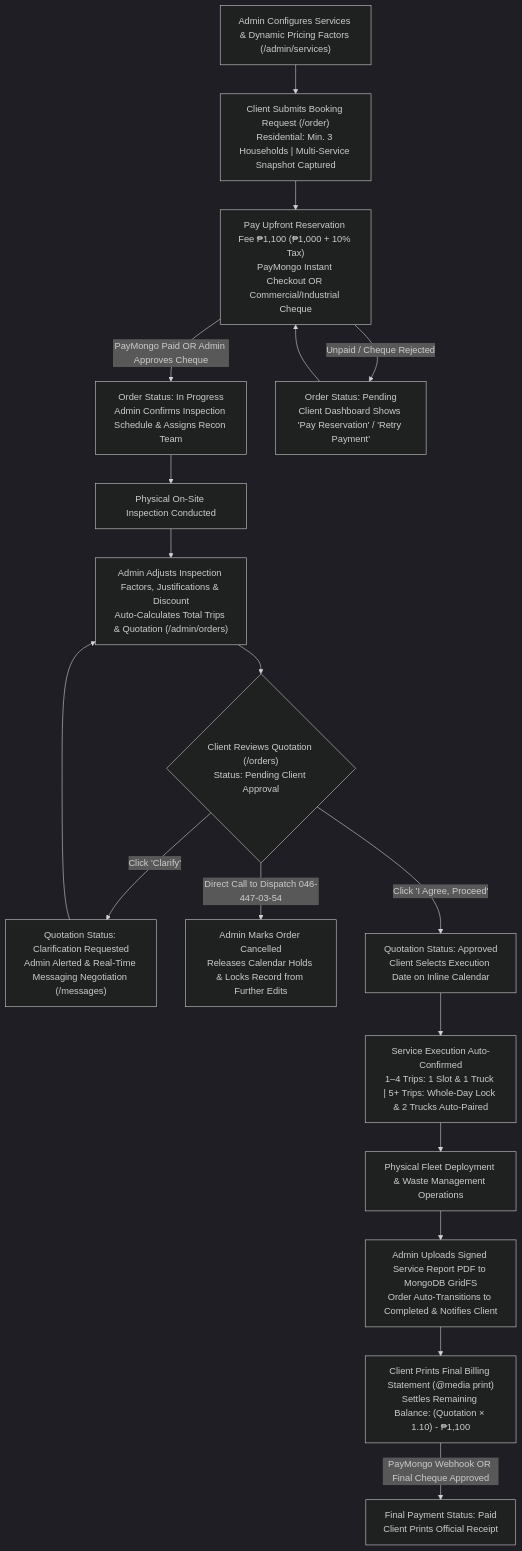
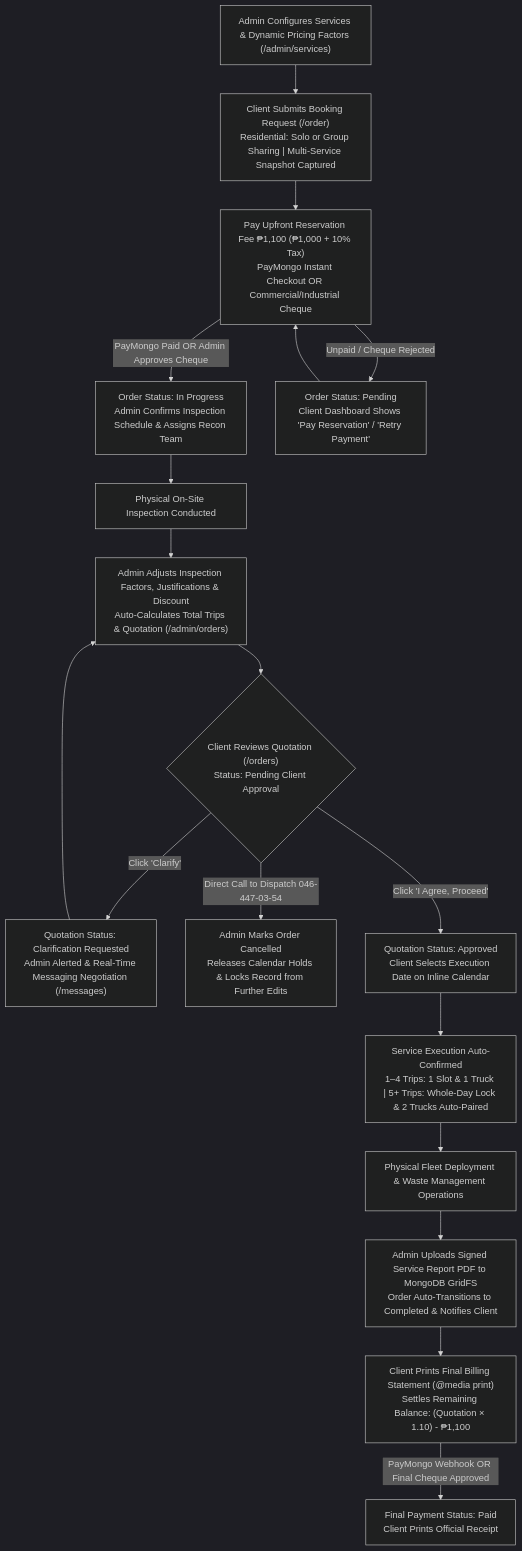
One commit to tylertakeswalls/Cleaneco changed the diagram in SERVICE_OPERATION_FLOW.md. Above: the diagram before and after it, drawn with Mermaid (dark theme). The commit also changed other lines of this file and 3 other files, not shown here.

Commit message:
feat: flexible residential bookings with optional neighbor sharing incentives and solo dispatch

````diff
--- a/SERVICE_OPERATION_FLOW.md
+++ b/SERVICE_OPERATION_FLOW.md
@@ -9,20 +9,20 @@
 ```mermaid
 flowchart TD
     S0["Admin Configures Services & Dynamic Pricing Factors (/admin/services)"] --> A
-    A["Client Submits Booking Request (/order)<br/>Residential: Min. 3 Households | Multi-Service Snapshot Captured"] --> B["Pay Upfront Reservation Fee ₱1,100 (₱1,000 + 10% Tax)<br/>PayMongo Instant Checkout OR Commercial/Industrial Cheque"]
+    A["Client Submits Booking Request (/order)<br/>Residential: Solo or Group Sharing | Multi-Service Snapshot Captured"] --> B["Pay Upfront Reservation Fee ₱1,100 (₱1,000 + 10% Tax)<br/>PayMongo Instant Checkout OR Commercial/Industrial Cheque"]
     B -->|PayMongo Paid OR Admin Approves Cheque| C["Order Status: In Progress<br/>Admin Confirms Inspection Schedule & Assigns Recon Team"]
     B -->|Unpaid / Cheque Rejected| B1["Order Status: Pending<br/>Client Dashboard Shows 'Pay Reservation' / 'Retry Payment'"]
     B1 --> B
     C --> D["Physical On-Site Inspection Conducted"]
     D --> E["Admin Adjusts Inspection Factors, Justifications & Discount<br/>Auto-Calculates Total Trips & Quotation (/admin/orders)"]
     E --> F{"Client Reviews Quotation (/orders)<br/>Status: Pending Client Approval"}
     F -->|Click 'Clarify'| G["Quotation Status: Clarification Requested<br/>Admin Alerted & Real-Time Messaging Negotiation (/messages)"]
     G --> E
     F -->|Direct Call to Dispatch 046-447-03-54| H["Admin Marks Order Cancelled<br/>Releases Calendar Holds & Locks Record from Further Edits"]
     F -->|Click 'I Agree, Proceed'| I["Quotation Status: Approved<br/>Client Selects Execution Date on Inline Calendar"]
     I --> J["Service Execution Auto-Confirmed<br/>1–4 Trips: 1 Slot & 1 Truck | 5+ Trips: Whole-Day Lock & 2 Trucks Auto-Paired"]
     J --> K["Physical Fleet Deployment & Waste Management Operations"]
     K --> L["Admin Uploads Signed Service Report PDF to MongoDB GridFS<br/>Order Auto-Transitions to Completed & Notifies Client"]
     L --> M["Client Prints Final Billing Statement (@media print)<br/>Settles Remaining Balance: (Quotation × 1.10) - ₱1,100"]
     M -->|PayMongo Webhook OR Final Cheque Approved| N["Final Payment Status: Paid<br/>Client Prints Official Receipt"]
 ```
````
